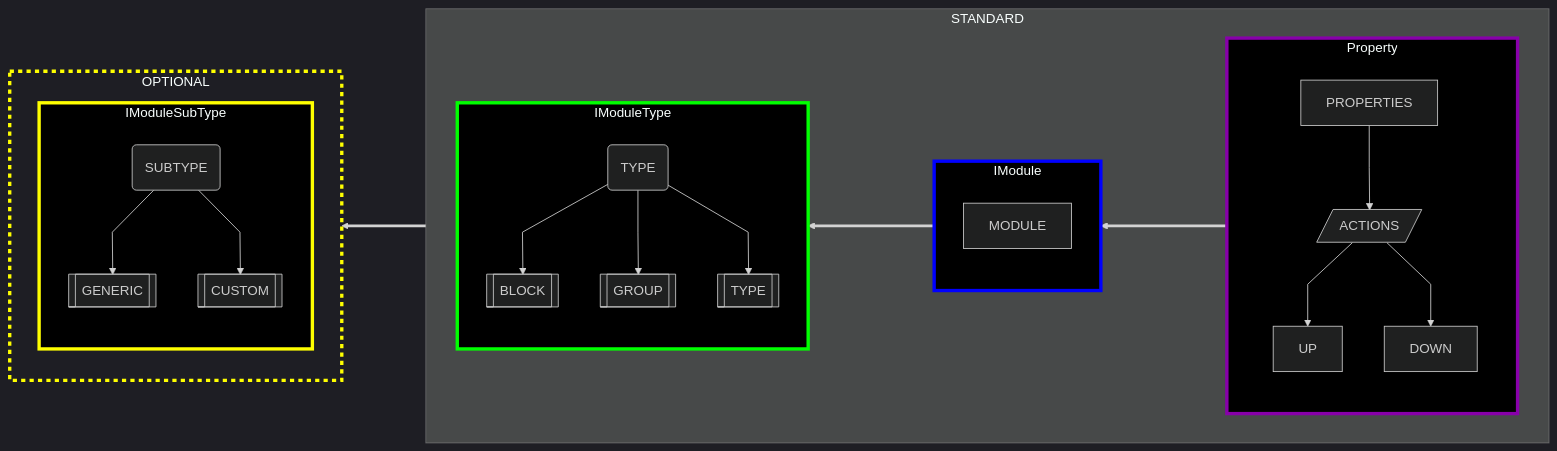
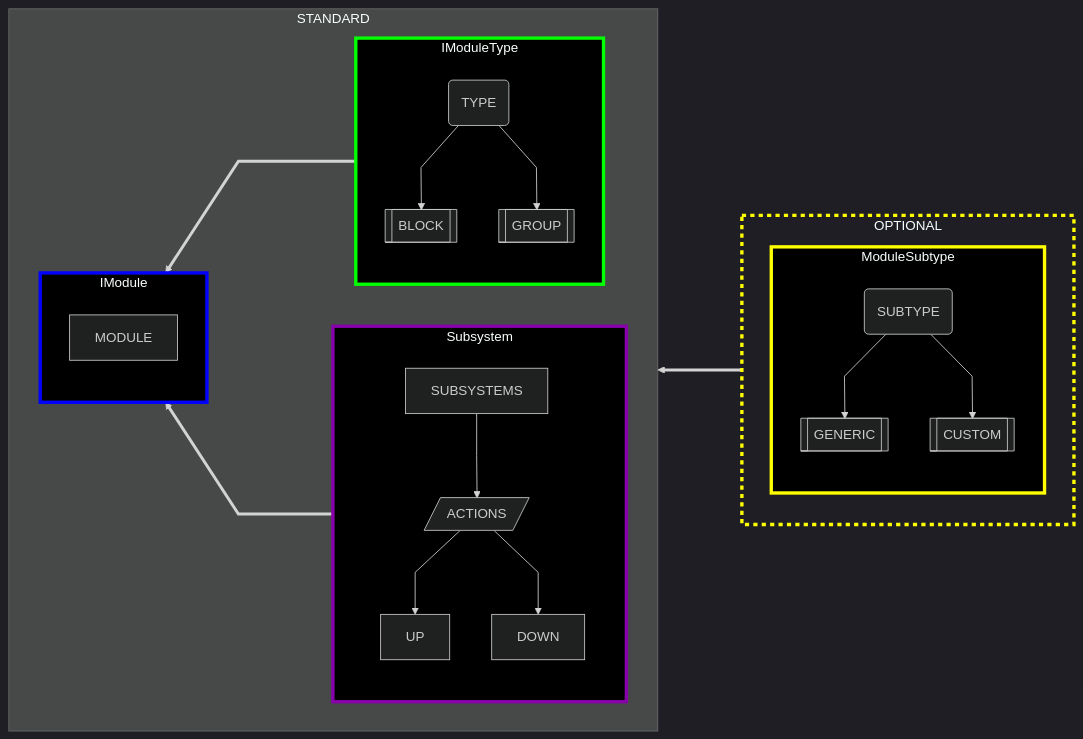
The diagram in README.md (metiu19/SMS-Ship_Management_System-V2), drawn with Mermaid before and after one commit. The commit also changed other lines of this file, not shown here.

Commit message:
Fix names and arrows in module concept

````diff
--- a/README.md
+++ b/README.md
@@ -48,40 +49,39 @@
 ```mermaid
 %%{ init : { "theme" : "dark", "flowchart" : { "curve" : "linear" }}}%%
 flowchart RL
     subgraph STANDARD
         direction RL
         subgraph IModuleType
             direction TB
             A1(TYPE)-->A2[[BLOCK]]
             A1-->A3[[GROUP]]
-            A1-->A4[[TYPE]]
         end
         subgraph IModule
             direction TB
             B1[MODULE]
         end
-        subgraph Property
+        subgraph Subsystem
             direction TB
-            C1[PROPERTIES] --> C2[/ACTIONS/]
+            C1[SUBSYSTEMS] --> C2[/ACTIONS/]
             C2 --> C3[UP]
             C2 --> C4[DOWN]
         end
     end
     subgraph OPTIONAL
         direction TB
-        subgraph IModuleSubType
+        subgraph ModuleSubtype
             direction TB
             D1(SUBTYPE)-->D2[[GENERIC]]
             D1(SUBTYPE)-->D3[[CUSTOM]]
         end
     end
-    IModule ===> IModuleType
-    Property ===> IModule
-    IModule ===> IModuleSubType
+    IModuleType ===> IModule
+    Subsystem ===> IModule
+    ModuleSubtype ===> IModule
 
     style IModule fill:#000,stroke:#0000ff ,stroke-width:4px
     style IModuleType fill:#000,stroke:#00ff00 ,stroke-width:4px
-    style Property fill:#000,stroke:#8800aa ,stroke-width:4px
-    style IModuleSubType fill:#000,stroke:#ffff00, stroke-width:4px
+    style Subsystem fill:#000,stroke:#8800aa ,stroke-width:4px
+    style ModuleSubtype fill:#000,stroke:#ffff00, stroke-width:4px
     style OPTIONAL fill:transparent,stroke:#ffff00,stroke-width:4px,stroke-dasharray: 5 5
 ```
````
